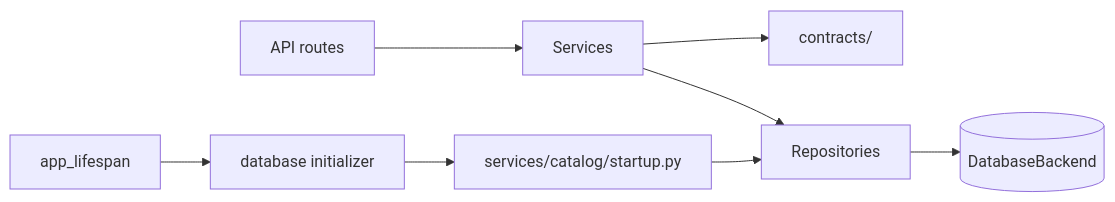
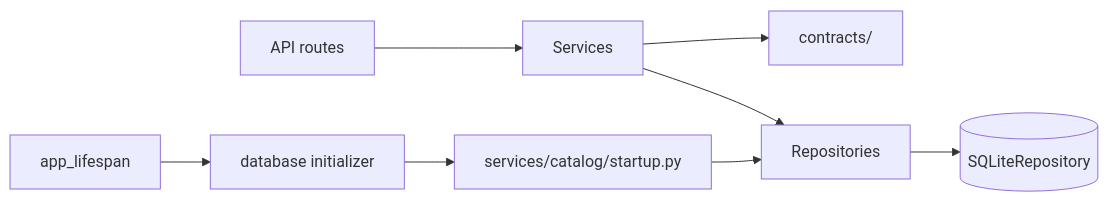
One commit to CTCycle/AEGIS-Geospatial-View changed the diagram in assets/docs/architecture/execution_and_data_flow.md. Above: the diagram before and after it, drawn with Mermaid. The commit also changed other lines of this file and 62 other files, not shown here.

First line of the commit message:
Refactor SQLite database integration and testing

````diff
--- a/assets/docs/architecture/execution_and_data_flow.md
+++ b/assets/docs/architecture/execution_and_data_flow.md
@@ -39,10 +39,10 @@
 ```mermaid
 flowchart LR
     API[API routes] --> SERVICES[Services]
     SERVICES --> CONTRACTS[contracts/]
     SERVICES --> REPOS[Repositories]
-    REPOS --> DB[(DatabaseBackend)]
+    REPOS --> DB[(SQLiteRepository)]
     START[app_lifespan] --> INIT[database initializer]
     INIT --> SEED[services/catalog/startup.py]
     SEED --> REPOS
 ```
````
